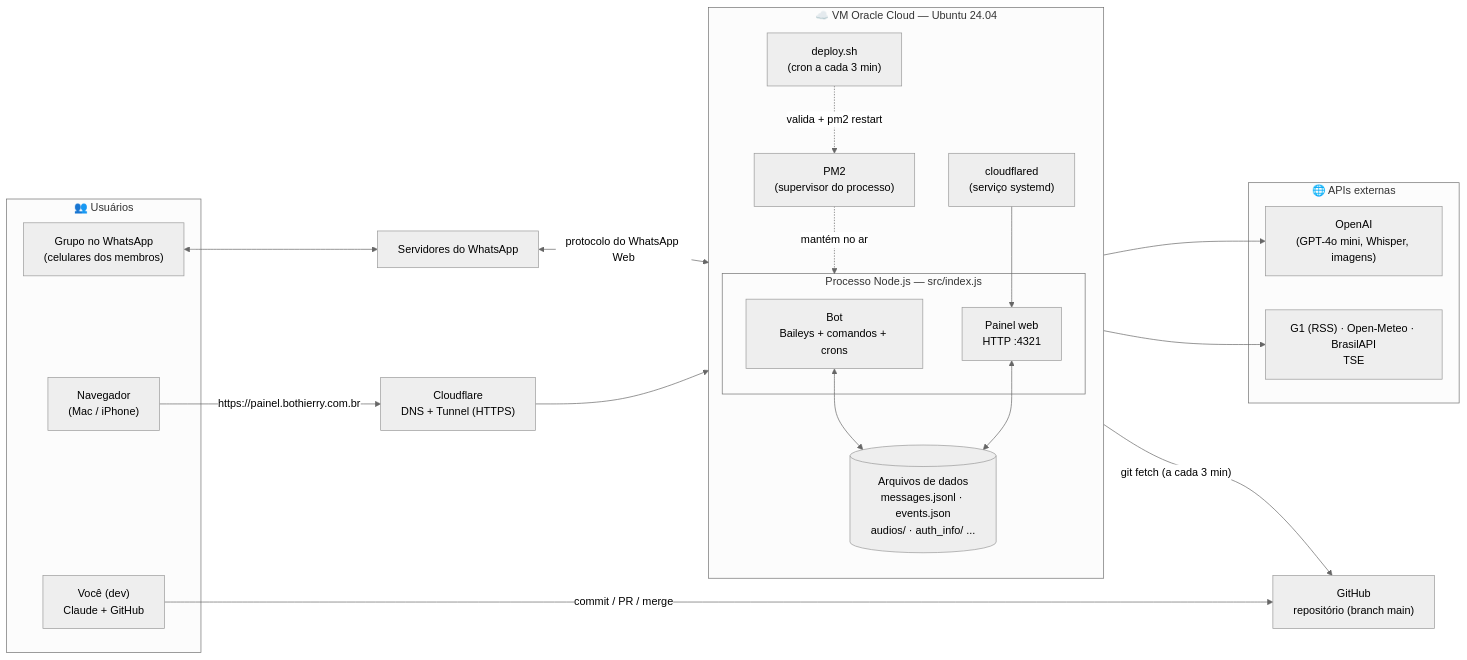
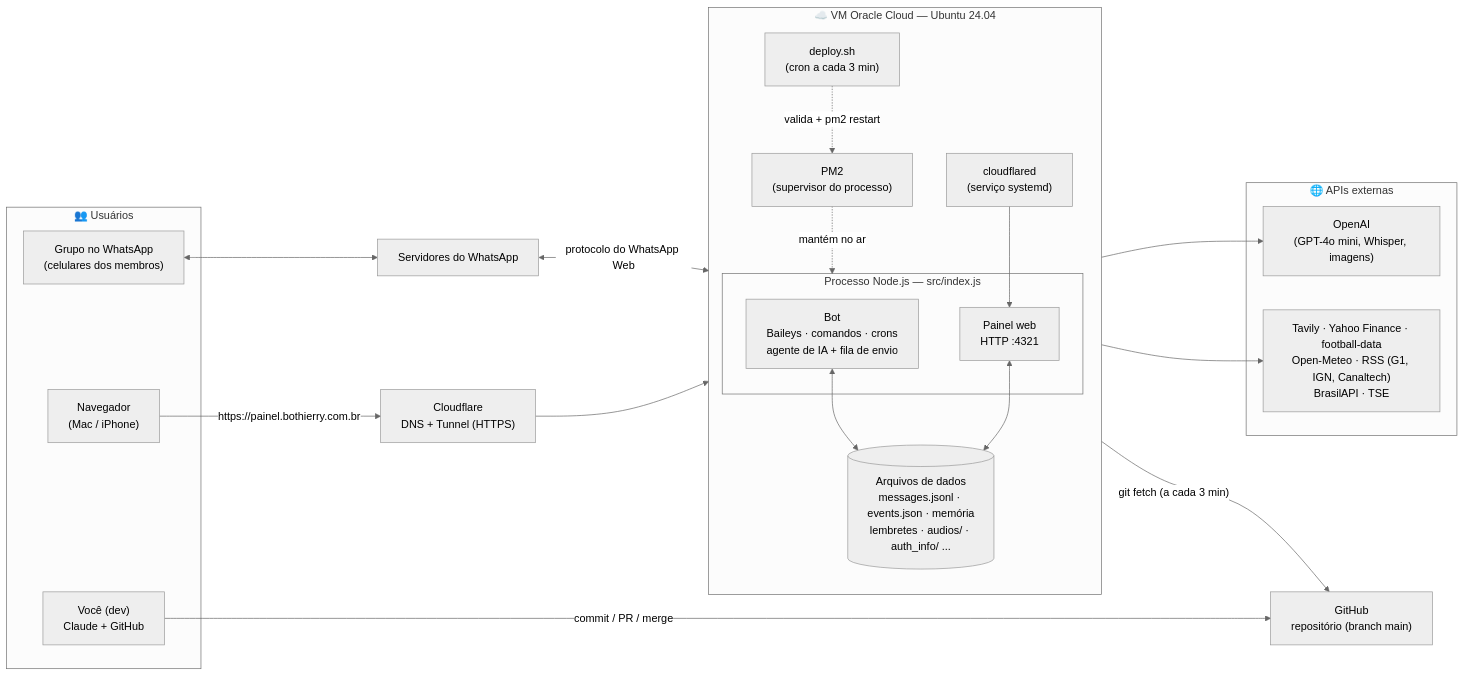
Before and after one commit to jppaivasilva/bothierry: the first of 6 diagrams in README.md, drawn with Mermaid (neutral theme). The commit also changed other lines of this file and 2 other files, not shown here.

First line of the commit message:
README: infografico da infraestrutura e documentacao do agente, fila, memoria, lembretes e status de grupo (#85)

````diff
--- a/README.md
+++ b/README.md
@@ -17,42 +23,42 @@
 ```mermaid
 flowchart LR
     subgraph Usuarios["👥 Usuários"]
         G["Grupo no WhatsApp<br/>(celulares dos membros)"]
         B["Navegador<br/>(Mac / iPhone)"]
         D["Você (dev)<br/>Claude + GitHub"]
     end
 
     WA["Servidores do WhatsApp"]
     CF["Cloudflare<br/>DNS + Tunnel (HTTPS)"]
     GH["GitHub<br/>repositório (branch main)"]
 
     subgraph VM["☁️ VM Oracle Cloud — Ubuntu 24.04"]
         direction TB
         PM2["PM2<br/>(supervisor do processo)"]
         subgraph Proc["Processo Node.js — src/index.js"]
-            BOT["Bot<br/>Baileys + comandos + crons"]
+            BOT["Bot<br/>Baileys · comandos · crons<br/>agente de IA + fila de envio"]
             DASH["Painel web<br/>HTTP :4321"]
         end
         TUN["cloudflared<br/>(serviço systemd)"]
         DEP["deploy.sh<br/>(cron a cada 3 min)"]
-        FILES[("Arquivos de dados<br/>messages.jsonl · events.json<br/>audios/ · auth_info/ ...")]
+        FILES[("Arquivos de dados<br/>messages.jsonl · events.json · memória<br/>lembretes · audios/ · auth_info/ ...")]
     end
 
     subgraph Ext["🌐 APIs externas"]
         OAI["OpenAI<br/>(GPT-4o mini, Whisper, imagens)"]
-        OTH["G1 (RSS) · Open-Meteo · BrasilAPI<br/>TSE"]
+        OTH["Tavily · Yahoo Finance · football-data<br/>Open-Meteo · RSS (G1, IGN, Canaltech)<br/>BrasilAPI · TSE"]
     end
 
     G <--> WA
     WA <-->|"protocolo do WhatsApp Web"| BOT
     B -->|"https://painel.bothierry.com.br"| CF
     CF --> TUN --> DASH
     PM2 -.->|"mantém no ar"| Proc
     BOT <--> FILES
     DASH <--> FILES
     BOT --> OAI
     BOT --> OTH
     D -->|"commit / PR / merge"| GH
     DEP -->|"git fetch (a cada 3 min)"| GH
     DEP -.->|"valida + pm2 restart"| PM2
 ```
````
